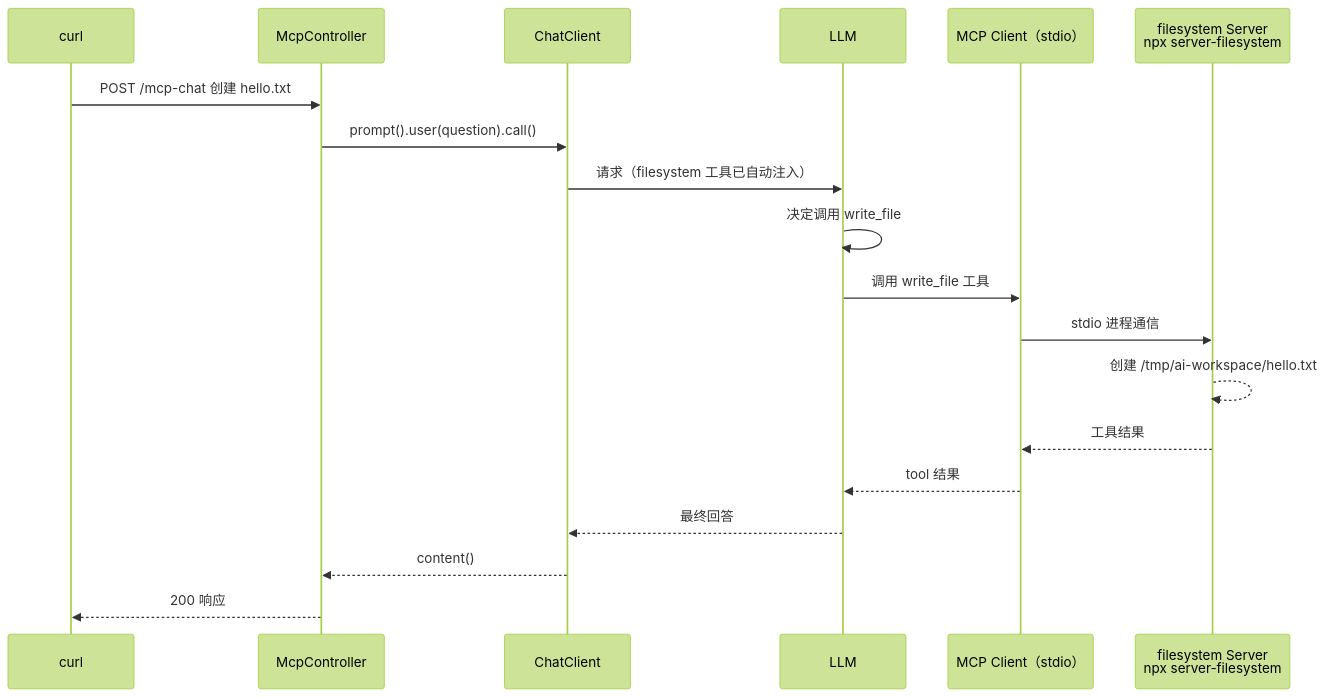
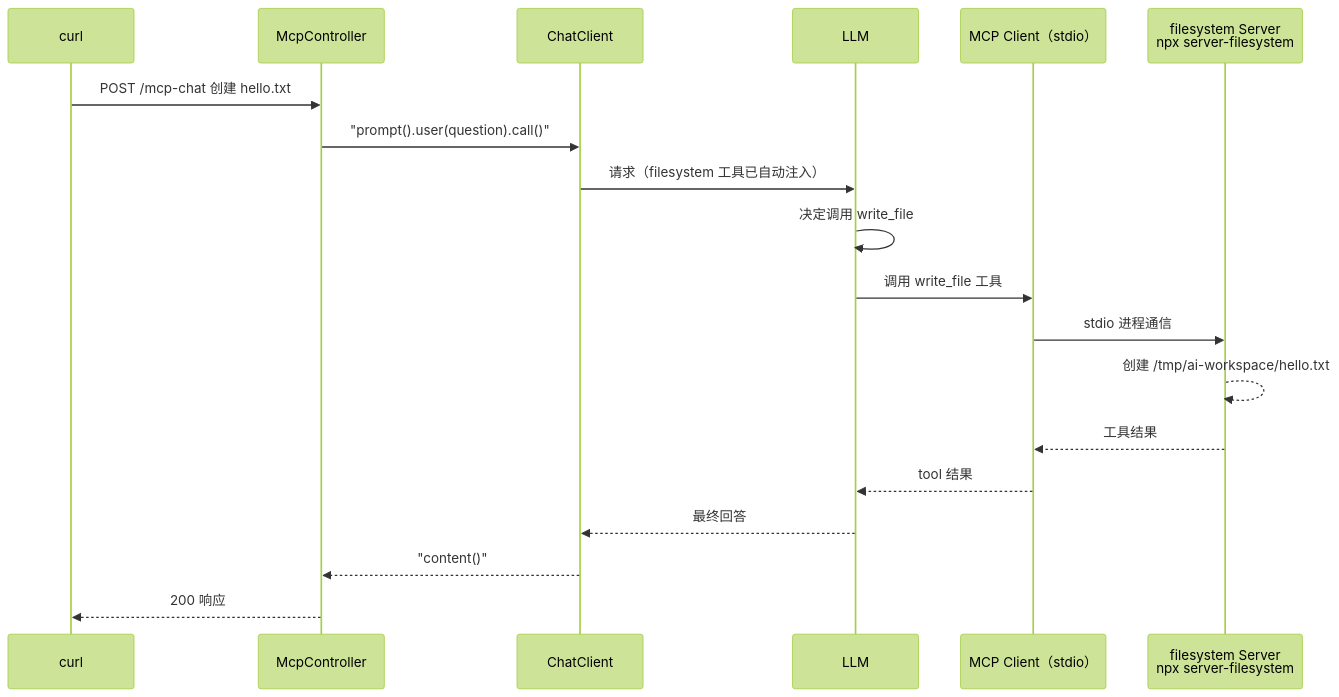
Before and after one commit to UranusGit/java-agent-learn: the first of 3 diagrams in docs/tutorials/spring-ai/09-MCP接入实战.md, drawn with Mermaid (forest theme). The commit also changed 137 other files, not shown here.

First line of the commit message:
docs全库mermaid图质量深化：改写残留字符画、补缺图、修坏图

````diff
--- a/docs/tutorials/spring-ai/09-MCP接入实战.md
+++ b/docs/tutorials/spring-ai/09-MCP接入实战.md
@@ -98,21 +98,21 @@
 ```mermaid
 sequenceDiagram
     participant Curl as curl
     participant Ctl as McpController
     participant CC as ChatClient
     participant LLM as LLM
     participant MCP as MCP Client（stdio）
     participant FS as filesystem Server<br/>npx server-filesystem
     Curl->>Ctl: POST /mcp-chat 创建 hello.txt
-    Ctl->>CC: prompt().user(question).call()
+    Ctl->>CC: "prompt().user(question).call()"
     CC->>LLM: 请求（filesystem 工具已自动注入）
     LLM->>LLM: 决定调用 write_file
     LLM->>MCP: 调用 write_file 工具
     MCP->>FS: stdio 进程通信
     FS-->>FS: 创建 /tmp/ai-workspace/hello.txt
     FS-->>MCP: 工具结果
     MCP-->>LLM: tool 结果
     LLM-->>CC: 最终回答
-    CC-->>Ctl: content()
+    CC-->>Ctl: "content()"
     Ctl-->>Curl: 200 响应
 ```
````
